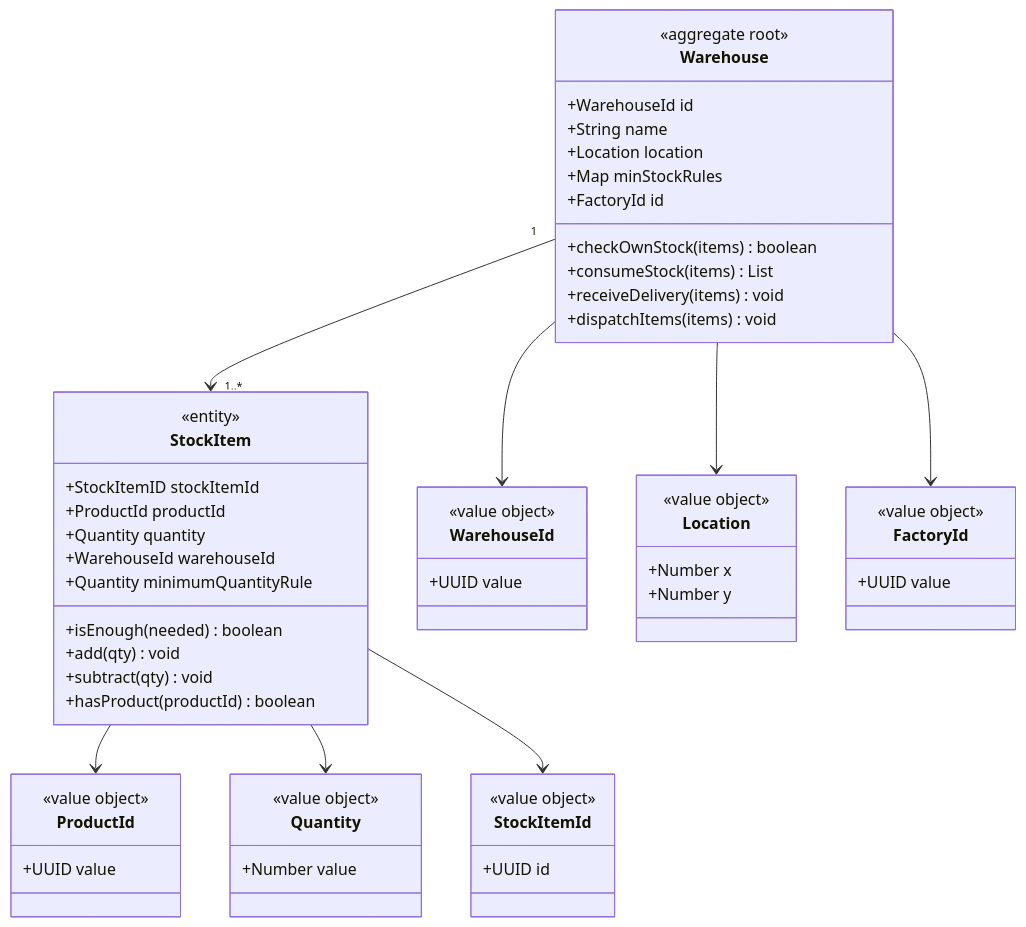
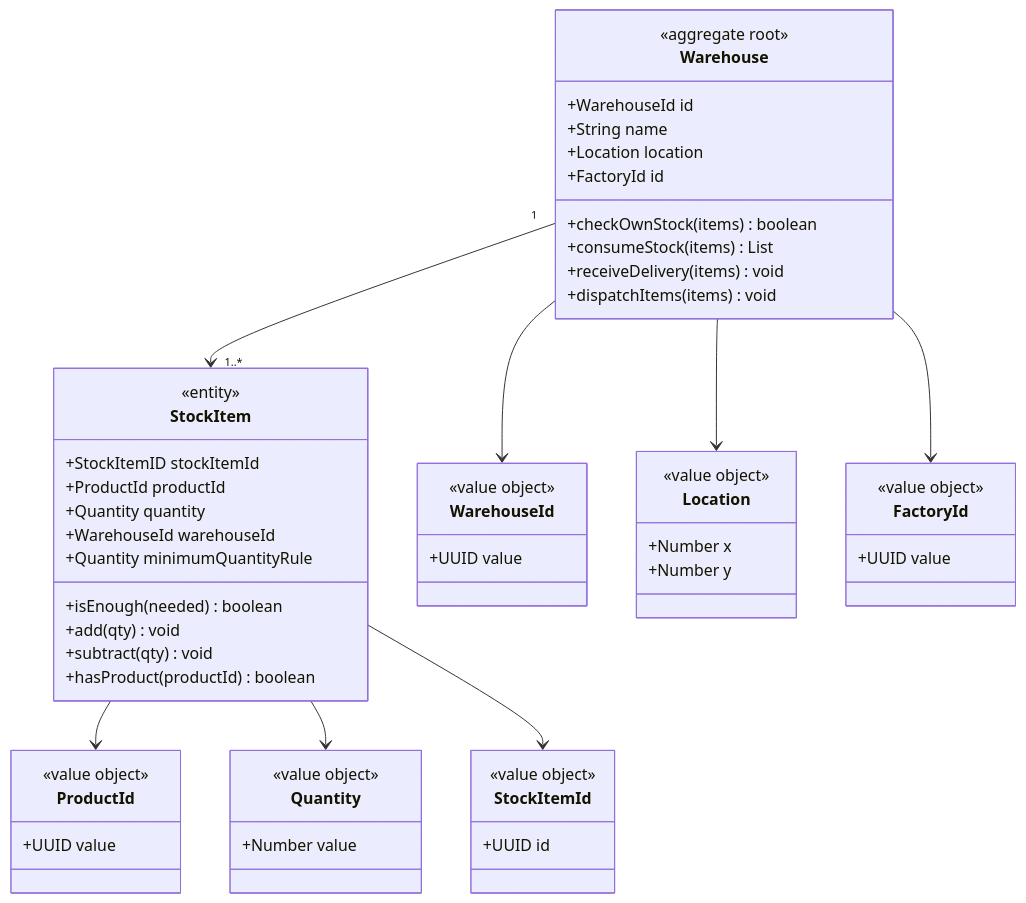
One commit to Esmeralda6/Warehouse-Workshop changed the first of 6 diagrams in README.md. Above: the diagram before and after it, drawn with Mermaid.

Commit message:
docs: Update README.md
removed minStockRules attribute

````diff
--- a/README.md
+++ b/README.md
@@ -5,59 +5,58 @@
 ```mermaid
 classDiagram
     class Warehouse {
         <<aggregate root>>
         +WarehouseId id
         +String name
         +Location location
-        +Map minStockRules
         +FactoryId id
         +checkOwnStock(items) boolean
         +consumeStock(items) List<stockItem>
         +receiveDelivery(items) void
         +dispatchItems(items) void
     }
     class StockItem {
         <<entity>>
         +StockItemID stockItemId
         +ProductId productId
         +Quantity quantity
         +WarehouseId warehouseId
         +Quantity minimumQuantityRule
         +isEnough(needed) boolean
         +add(qty) void
         +subtract(qty) void
         +hasProduct(productId) boolean
     }
     class WarehouseId {
         <<value object>>
         +UUID value
     }
     class Location {
         <<value object>>
         +Number x
         +Number y
     }
     class Quantity {
         <<value object>>
         +Number value
     }
     class ProductId {
         <<value object>>
         +UUID value
     }
     class StockItemId{
         <<value object>>
         +UUID id
     }
     class FactoryId {
         <<value object>>
         +UUID value
 }
     Warehouse "1" --> "1..*" StockItem
     Warehouse --> WarehouseId
     Warehouse --> Location
     Warehouse --> FactoryId
     StockItem --> ProductId
     StockItem --> Quantity
     StockItem --> StockItemId
 ```
````
